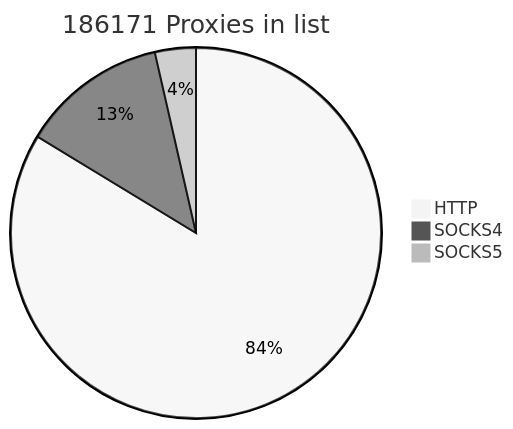
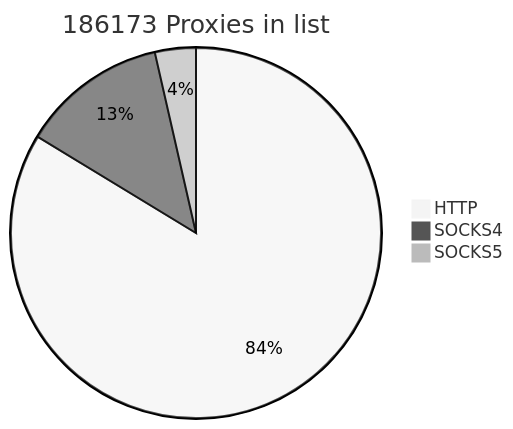
One commit to cutipu/proxylist changed the first of 2 diagrams in README.md. Above: the diagram before and after it, drawn with Mermaid (neutral theme). The commit also changed other lines of this file, not shown here.

````diff
--- a/README.md
+++ b/README.md
@@ -2,7 +2,7 @@
 ```mermaid
-pie title 186171 Proxies in list
+pie title 186173 Proxies in list
     "HTTP" : 155819
-    "SOCKS4" : 23708
+    "SOCKS4" : 23710
     "SOCKS5" : 6644
             
 ```
````
